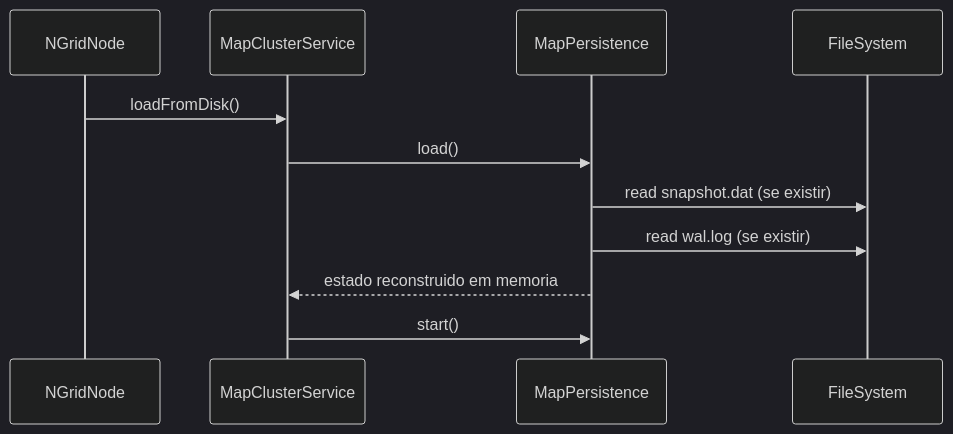
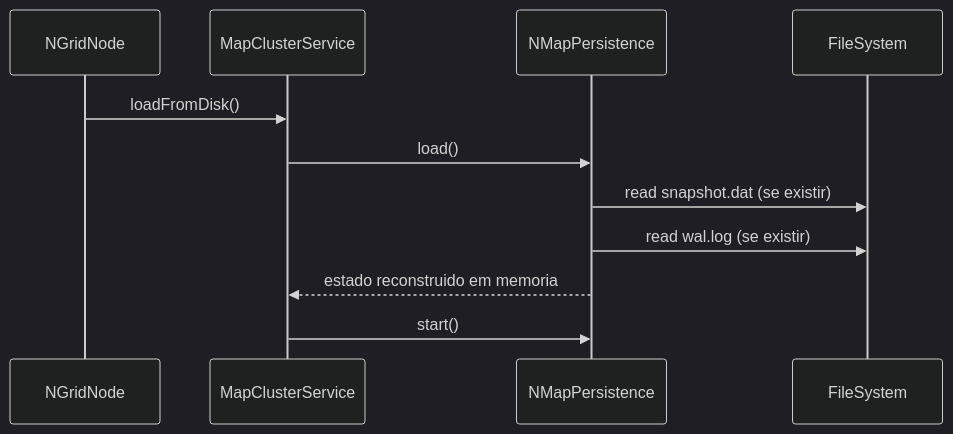
The fourth of 4 diagrams in doc/ngrid/map-design.md (nishisan-dev/nishi-utils), drawn with Mermaid (dark theme) before and after one commit. The commit also changed other lines of this file and 12 other files, not shown here.

````diff
--- a/doc/ngrid/map-design.md
+++ b/doc/ngrid/map-design.md
@@ -191,14 +265,14 @@
 ```mermaid
 sequenceDiagram
 participant Node as NGridNode
 participant MS as MapClusterService
-participant MP as MapPersistence
+participant MP as NMapPersistence
 participant FS as FileSystem
 
 Node->>MS: loadFromDisk()
 MS->>MP: load()
 MP->>FS: read snapshot.dat (se existir)
 MP->>FS: read wal.log (se existir)
 MP-->>MS: estado reconstruido em memoria
 MS->>MP: start()
 ```
````
